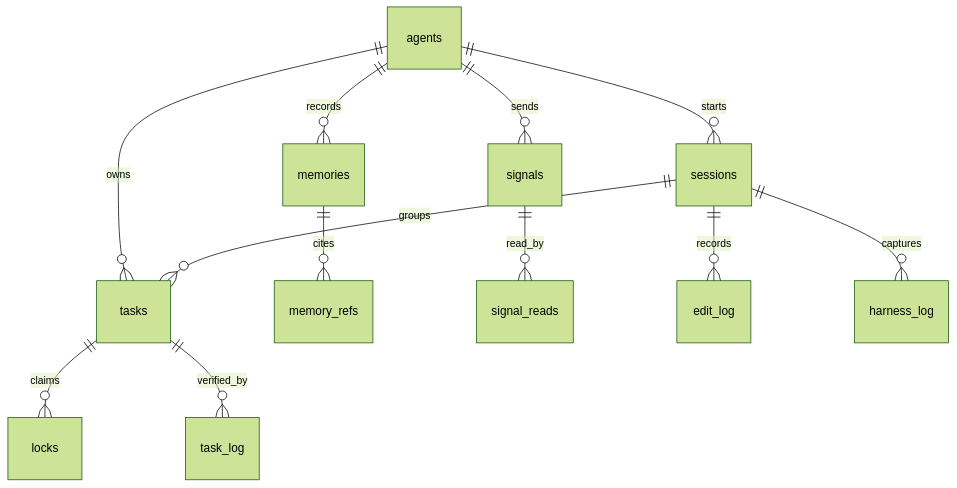
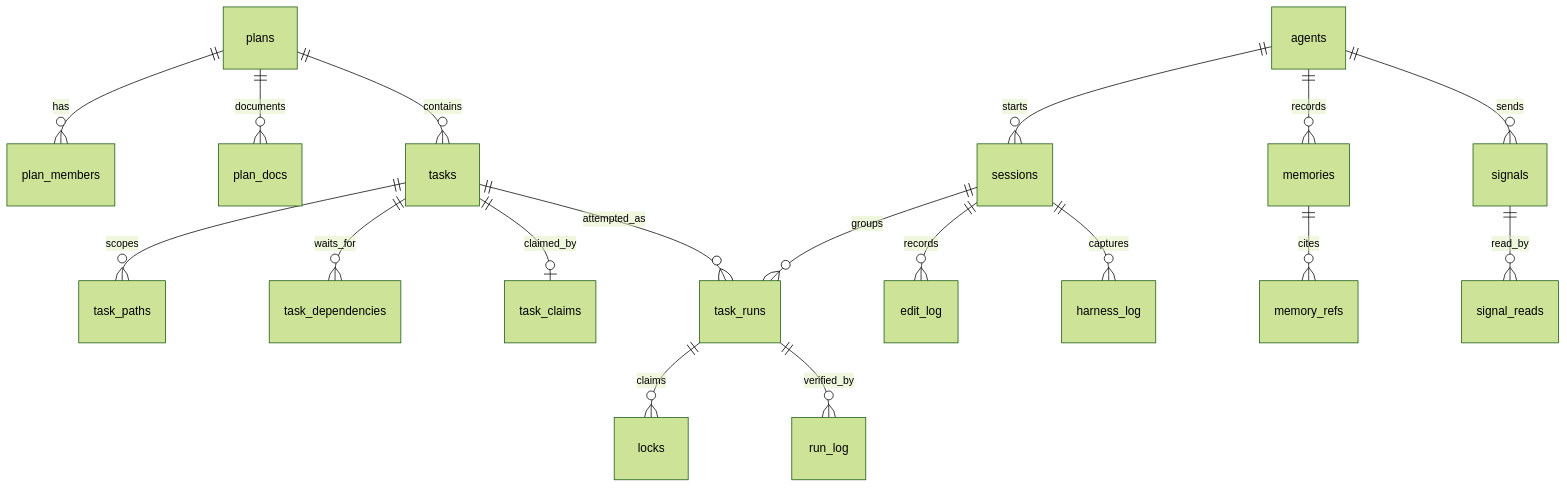
The third of 3 diagrams in packages/octocode-awareness/docs/SKILLS.md (yermakoffivan/octocode), drawn with Mermaid (forest theme) before and after one commit. The commit also changed other lines of this file and 129 other files, not shown here.

````diff
--- a/packages/octocode-awareness/docs/SKILLS.md
+++ b/packages/octocode-awareness/docs/SKILLS.md
@@ -769,14 +807,20 @@
 ```mermaid
 erDiagram
   agents ||--o{ sessions : "starts"
-  agents ||--o{ tasks : "owns"
+  plans ||--o{ plan_members : "has"
+  plans ||--o{ plan_docs : "documents"
+  plans ||--o{ tasks : "contains"
+  tasks ||--o{ task_paths : "scopes"
+  tasks ||--o{ task_dependencies : "waits_for"
+  tasks ||--o| task_claims : "claimed_by"
+  tasks ||--o{ task_runs : "attempted_as"
+  task_runs ||--o{ locks : "claims"
+  task_runs ||--o{ run_log : "verified_by"
   agents ||--o{ memories : "records"
   agents ||--o{ signals : "sends"
-  sessions ||--o{ tasks : "groups"
-  tasks ||--o{ locks : "claims"
-  tasks ||--o{ task_log : "verified_by"
+  sessions ||--o{ task_runs : "groups"
   memories ||--o{ memory_refs : "cites"
   signals ||--o{ signal_reads : "read_by"
   sessions ||--o{ edit_log : "records"
   sessions ||--o{ harness_log : "captures"
 ```
````
